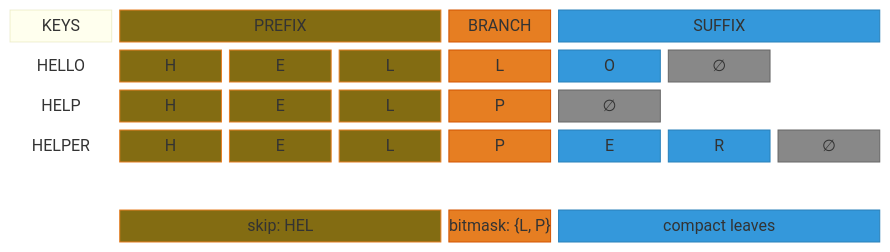
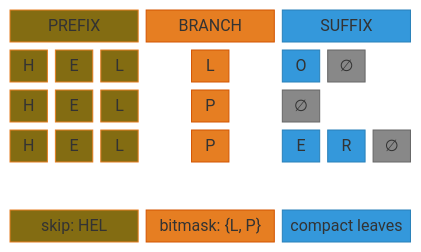
One commit to glennteitelbaum/KTRIE changed the fourth of 21 diagrams in ktrie.md. Above: the diagram before and after it, drawn with Mermaid. The commit also changed other lines of this file, not shown here.

Commit message:
Revise KTRIE figure and block structure
Updated figure description and adjusted block structure in the KTRIE documentation.

````diff
--- a/ktrie.md
+++ b/ktrie.md
@@ -569,82 +569,63 @@
 ```mermaid
 block
-  columns 8
+  columns 9
 
-  block:keys_lbl["KEYS"]:1
-    space
-  end
   block:pfx_lbl["PREFIX"]:3
     space
   end
-  block:br_lbl["BRANCH"]:1
+  block:br_lbl["BRANCH"]:3
     space
   end
   block:sfx_lbl["SUFFIX"]:3
     space
   end
 
-  block:k1_lbl["HELLO"]:1
-    space
-  end
-  h1["H"] e1["E"] l1["L"] b1["L"] s1_0["O"] s1_1["∅"] s1_2[" "]
+  h1["H"] e1["E"] l1["L"] space b1["L"] space s1_0["O"] s1_1["∅"] s1_2[" "]
 
-  block:k2_lbl["HELP"]:1
-    space
-  end
-  h2["H"] e2["E"] l2["L"] b2["P"] s2_0["∅"] s2_1[" "] s2_2[" "]
+  h2["H"] e2["E"] l2["L"] space b2["P"] space s2_0["∅"] s2_1[" "] s2_2[" "]
 
-  block:k3_lbl["HELPER"]:1
-    space
-  end
-  h3["H"] e3["E"] l3["L"] b3["P"] s3_0["E"] s3_1["R"] s3_2["∅"]
+  h3["H"] e3["E"] l3["L"] space b3["P"] space s3_0["E"] s3_1["R"] s3_2["∅"]
 
-  space:8
+  space:9
 
-  block:struct_lbl[" "]:1
-    space
-  end
   block:skip_node["skip: HEL"]:3
     space
   end
-  block:bm_node["bitmask: {L, P}"]:1
+  block:bm_node["bitmask: {L, P}"]:3
     space
   end
   block:leaf_node["compact leaves"]:3
     space
   end
 
   style h1 fill:#836c12,color:#fff,stroke:#e67e22
   style e1 fill:#836c12,color:#fff,stroke:#e67e22
   style l1 fill:#836c12,color:#fff,stroke:#e67e22
   style b1 fill:#e67e22,color:#fff,stroke:#d35400
   style s1_0 fill:#3498db,color:#fff,stroke:#2980b9
   style s1_1 fill:#888,color:#fff,stroke:#666
   style s1_2 fill:none,stroke:none
 
   style h2 fill:#836c12,color:#fff,stroke:#e67e22
   style e2 fill:#836c12,color:#fff,stroke:#e67e22
   style l2 fill:#836c12,color:#fff,stroke:#e67e22
   style b2 fill:#e67e22,color:#fff,stroke:#d35400
   style s2_0 fill:#888,color:#fff,stroke:#666
   style s2_1 fill:none,stroke:none
   style s2_2 fill:none,stroke:none
 
   style h3 fill:#836c12,color:#fff,stroke:#e67e22
   style e3 fill:#836c12,color:#fff,stroke:#e67e22
   style l3 fill:#836c12,color:#fff,stroke:#e67e22
   style b3 fill:#e67e22,color:#fff,stroke:#d35400
   style s3_0 fill:#3498db,color:#fff,stroke:#2980b9
   style s3_1 fill:#3498db,color:#fff,stroke:#2980b9
   style s3_2 fill:#888,color:#fff,stroke:#666
 
   style pfx_lbl fill:#836c12,color:#fff,stroke:#e67e22
   style br_lbl fill:#e67e22,color:#fff,stroke:#d35400
   style sfx_lbl fill:#3498db,color:#fff,stroke:#2980b9
   style skip_node fill:#836c12,color:#fff,stroke:#e67e22
   style bm_node fill:#e67e22,color:#fff,stroke:#d35400
   style leaf_node fill:#3498db,color:#fff,stroke:#2980b9
-  style k1_lbl fill:none,color:#333,stroke:none
-  style k2_lbl fill:none,color:#333,stroke:none
-  style k3_lbl fill:none,color:#333,stroke:none
-  style struct_lbl fill:none,stroke:none
 ```
````
